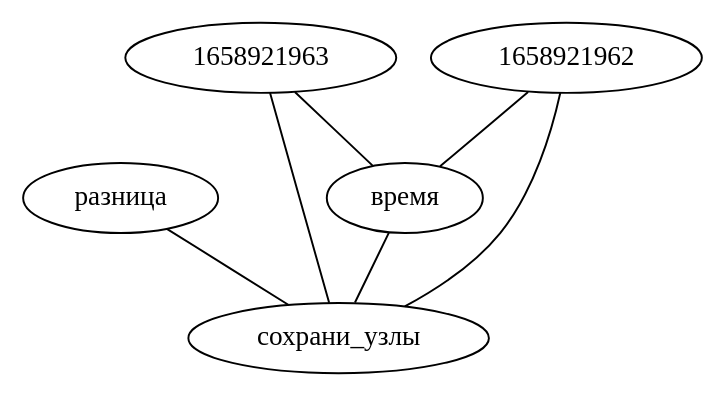
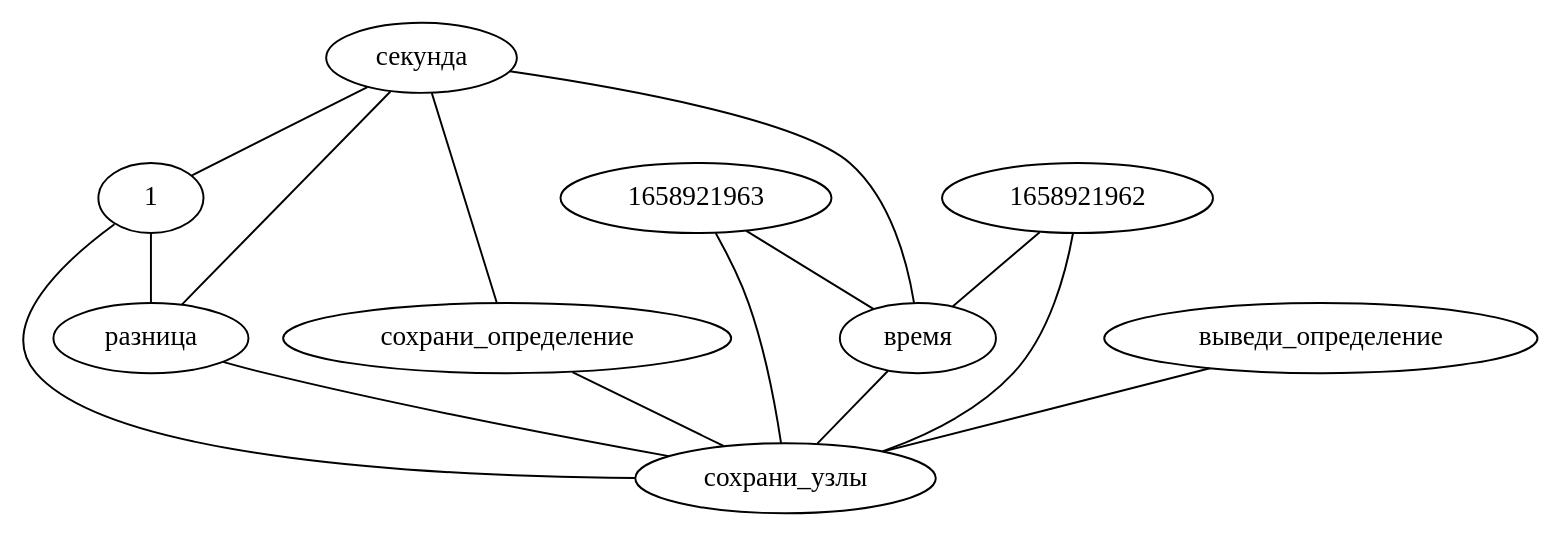
One commit to LeonovEvgenii/AGI changed the diagram in graphs/local_graph.dot. Above: the diagram before and after it, drawn with Graphviz. The commit also changed 10 other files, not shown here.

```diff
--- a/graphs/local_graph.dot
+++ b/graphs/local_graph.dot
@@ -1,9 +1,17 @@
 strict graph G {
 разница -- сохрани_узлы
+секунда -- сохрани_определение
+секунда -- 1
+секунда -- разница
+секунда -- время
+сохрани_определение -- сохрани_узлы
 1658921963 -- сохрани_узлы
 1658921963 -- время
 1658921962 -- сохрани_узлы
 1658921962 -- время
 время -- сохрани_узлы
 время -- 1658921962
+выведи_определение -- сохрани_узлы
+1 -- сохрани_узлы
+1 -- разница
 }
```
